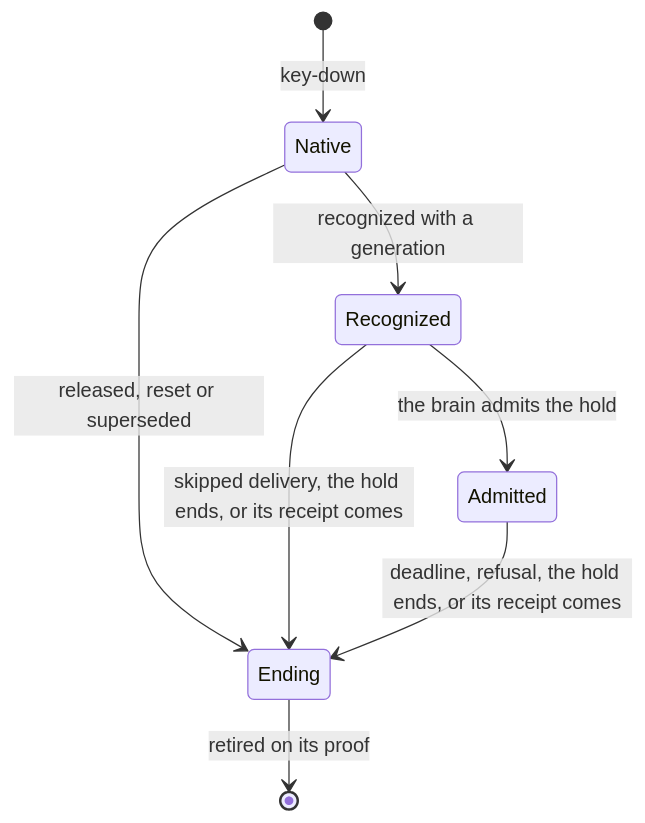
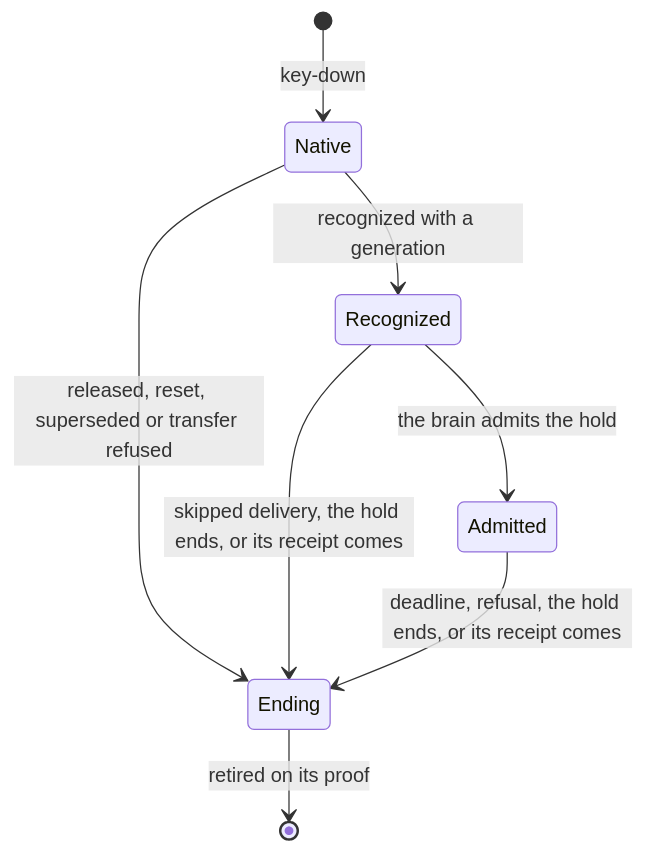
Before and after one commit to labcoder/capsula: diagram 11 of 12 in docs/development/voice.md, drawn with Mermaid. The commit also changed other lines of this file and 1 other file, not shown here.

Commit message:
fix(input): account for skipped mic after transfer refusal

````diff
--- a/docs/development/voice.md
+++ b/docs/development/voice.md
@@ -972,10 +973,10 @@
 ```mermaid
 stateDiagram-v2
     [*] --> Native: key-down
     Native --> Recognized: recognized with a generation
-    Native --> Ending: released, reset or superseded
+    Native --> Ending: released, reset, superseded or transfer refused
     Recognized --> Admitted: the brain admits the hold
     Recognized --> Ending: skipped delivery, the hold ends, or its receipt comes
     Admitted --> Ending: deadline, refusal, the hold ends, or its receipt comes
     Ending --> [*]: retired on its proof
 ```
````
